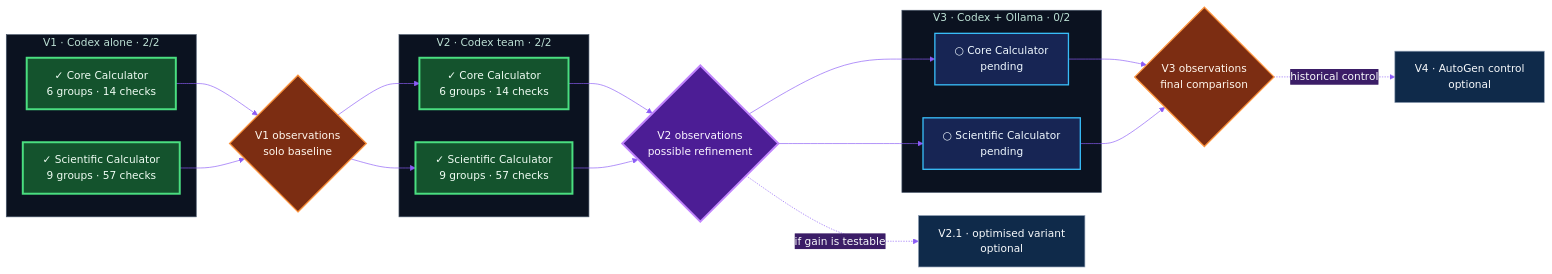
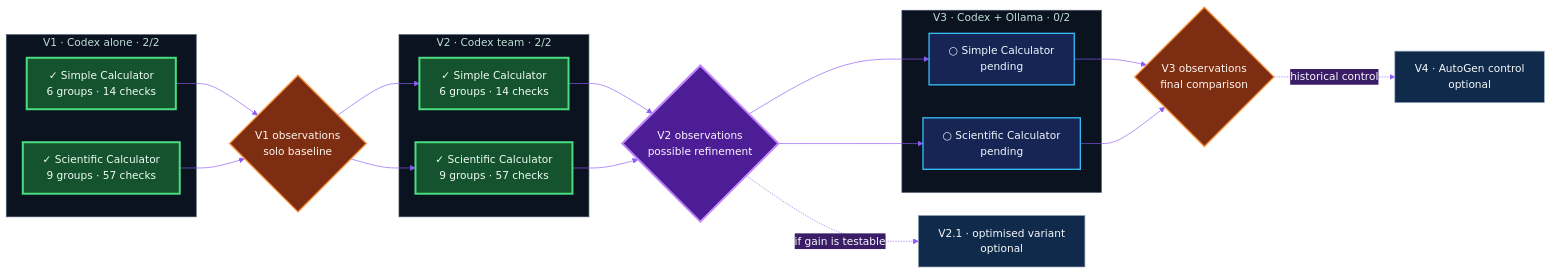
The diagram in README.en.md (ERICRAC/AgentBench-2026), drawn with Mermaid before and after one commit. The commit also changed other lines of this file and 23 other files, not shown here.

````diff
--- a/README.en.md
+++ b/README.en.md
@@ -45,50 +49,50 @@
 ```mermaid
 %%{init: {"theme": "base", "themeVariables": {
   "primaryColor": "#0f2a4a",
   "primaryTextColor": "#f8fafc",
   "primaryBorderColor": "#22d3ee",
   "secondaryColor": "#3b1d67",
   "tertiaryColor": "#431f2b",
   "fontFamily": "system-ui",
   "lineColor": "#8b5cf6",
   "clusterBkg": "#0b1220",
   "clusterBorder": "#475569"
 }}}%%
 flowchart LR
     subgraph V1["V1 · Codex alone · 2/2"]
-      V1C["✓ Core Calculator<br/>6 groups · 14 checks"]
+      V1C["✓ Simple Calculator<br/>6 groups · 14 checks"]
       V1S["✓ Scientific Calculator<br/>9 groups · 57 checks"]
     end
     G1{"V1 observations<br/>solo baseline"}
     subgraph V2["V2 · Codex team · 2/2"]
-      V2C["✓ Core Calculator<br/>6 groups · 14 checks"]
+      V2C["✓ Simple Calculator<br/>6 groups · 14 checks"]
       V2S["✓ Scientific Calculator<br/>9 groups · 57 checks"]
     end
     G2{"V2 observations<br/>possible refinement"}
     V21["V2.1 · optimised variant<br/>optional"]
     subgraph V3["V3 · Codex + Ollama · 0/2"]
-      V3C["○ Core Calculator<br/>pending"]
+      V3C["○ Simple Calculator<br/>pending"]
       V3S["○ Scientific Calculator<br/>pending"]
     end
     G3{"V3 observations<br/>final comparison"}
     V4["V4 · AutoGen control<br/>optional"]
 
     V1C & V1S --> G1
     G1 --> V2C & V2S
     V2C & V2S --> G2
     G2 -. "if gain is testable" .-> V21
     G2 --> V3C & V3S
     V3C & V3S --> G3
     G3 -. "historical control" .-> V4
 
     classDef done fill:#14532d,stroke:#4ade80,color:#f0fdf4,stroke-width:3px;
     classDef next fill:#4c1d95,stroke:#c084fc,color:#faf5ff,stroke-width:3px;
     classDef todo fill:#172554,stroke:#38bdf8,color:#f0f9ff,stroke-width:2px;
     classDef gate fill:#7c2d12,stroke:#fb923c,color:#fff7ed,stroke-width:2px;
     classDef optional fill:#0f2a4a,stroke:#94a3b8,color:#f8fafc;
     class V1C,V1S,V2C,V2S done;
     class V3C,V3S todo;
     class G1,G3 gate;
     class G2 next;
     class V21,V4 optional;
 ```
````
